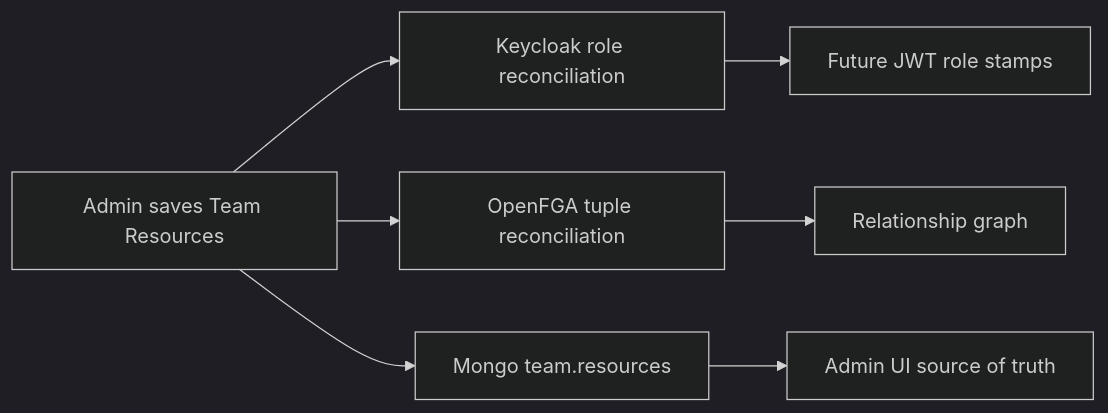
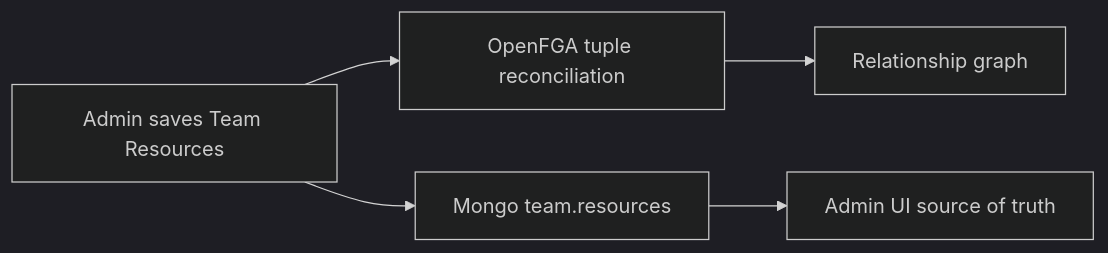
Before and after one commit to cnoe-io/ai-platform-engineering: the third of 4 diagrams in docs/docs/security/rbac/comprehensive-rbac-refactor.md, drawn with Mermaid (dark theme). The commit also changed other lines of this file and 98 other files, not shown here.

First line of the commit message:
feat(rbac): complete OpenFGA ReBAC migration

````diff
--- a/docs/docs/security/rbac/comprehensive-rbac-refactor.md
+++ b/docs/docs/security/rbac/comprehensive-rbac-refactor.md
@@ -162,10 +163,8 @@
 ```mermaid
 flowchart LR
-  Save[Admin saves Team Resources] --> KC[Keycloak role reconciliation]
-  Save --> FGA[OpenFGA tuple reconciliation]
+  Save[Admin saves Team Resources] --> FGA[OpenFGA tuple reconciliation]
   Save --> Mongo[Mongo team.resources]
 
-  KC --> JWT[Future JWT role stamps]
   FGA --> Graph[Relationship graph]
   Mongo --> UI[Admin UI source of truth]
 ```
````
